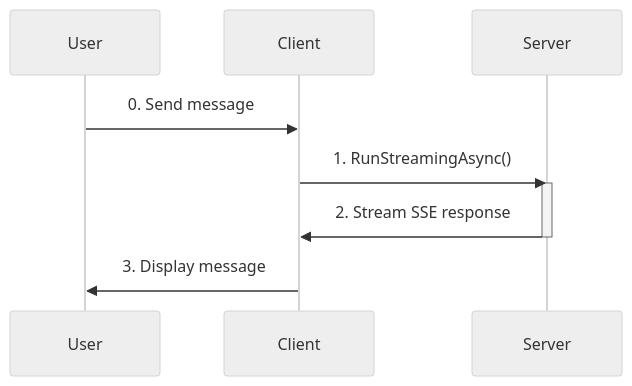
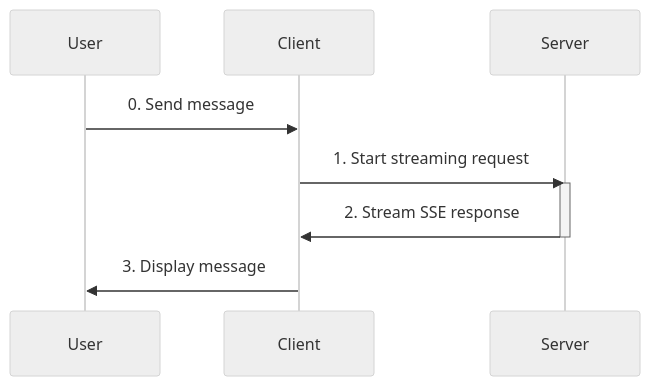
One commit to jasmin-software/dotnet_agui_workshop changed the diagram in Workshop/2. Client Setup/README.md. Above: the diagram before and after it, drawn with Mermaid (neutral theme). The commit also changed other lines of this file and 2 other files, not shown here.

Commit message:
clean up diagram

````diff
--- a/Workshop/2. Client Setup/README.md
+++ b/Workshop/2. Client Setup/README.md
@@ -115,9 +114,9 @@
 ```mermaid
 sequenceDiagram;
     User->>Client: 0. Send message
-    Client->>Server: 1. RunStreamingAsync()
+    Client->>Server: 1. Start streaming request
     activate Server
     Server->>Client: 2. Stream SSE response
     deactivate Server
     Client->>User: 3. Display message
 ```
````
